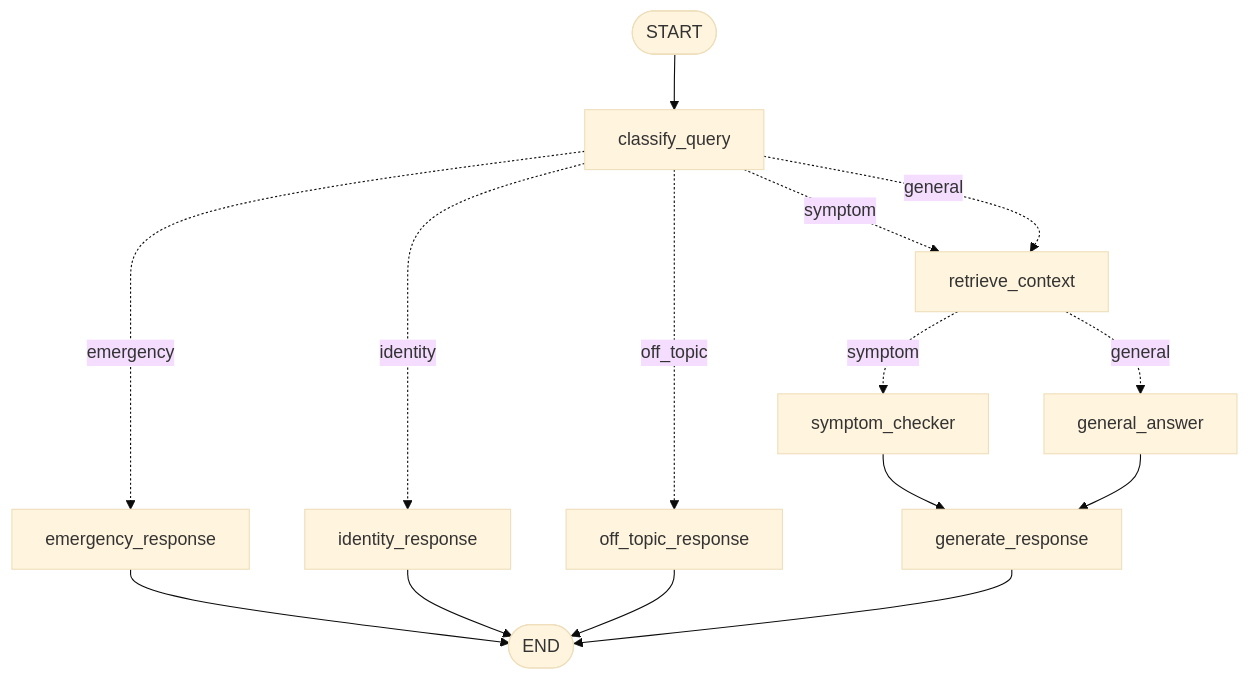
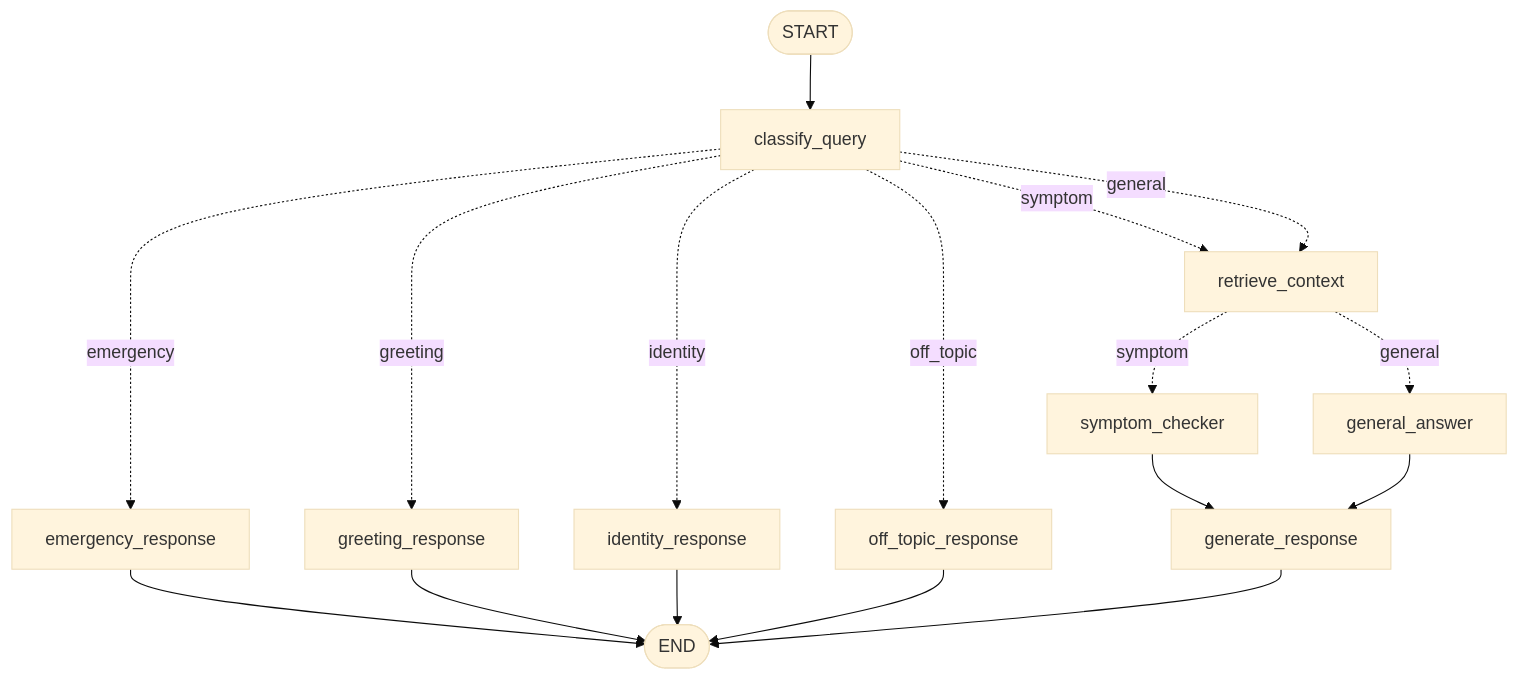
The diagram in README.md (adarshkd80-ops/MedAssist), drawn with Mermaid (base theme) before and after one commit. The commit also changed other lines of this file and 1 other file, not shown here.

Commit message:
Add greeting route so hellos get a welcome, not the identity blurb
Greetings, thanks, and self-introductions were falling into the
closest available category (identity). New static greeting_response
node answers them without an LLM call.

````diff
--- a/README.md
+++ b/README.md
@@ -24,17 +24,19 @@
 ```mermaid
 graph TD;
     START([START]) --> classify_query
     classify_query -. emergency .-> emergency_response
+    classify_query -. greeting .-> greeting_response
     classify_query -. identity .-> identity_response
     classify_query -. off_topic .-> off_topic_response
     classify_query -. symptom .-> retrieve_context
     classify_query -. general .-> retrieve_context
     retrieve_context -. symptom .-> symptom_checker
     retrieve_context -. general .-> general_answer
     symptom_checker --> generate_response
     general_answer --> generate_response
     emergency_response --> END_([END])
+    greeting_response --> END_
     identity_response --> END_
     off_topic_response --> END_
     generate_response --> END_
 ```
````
